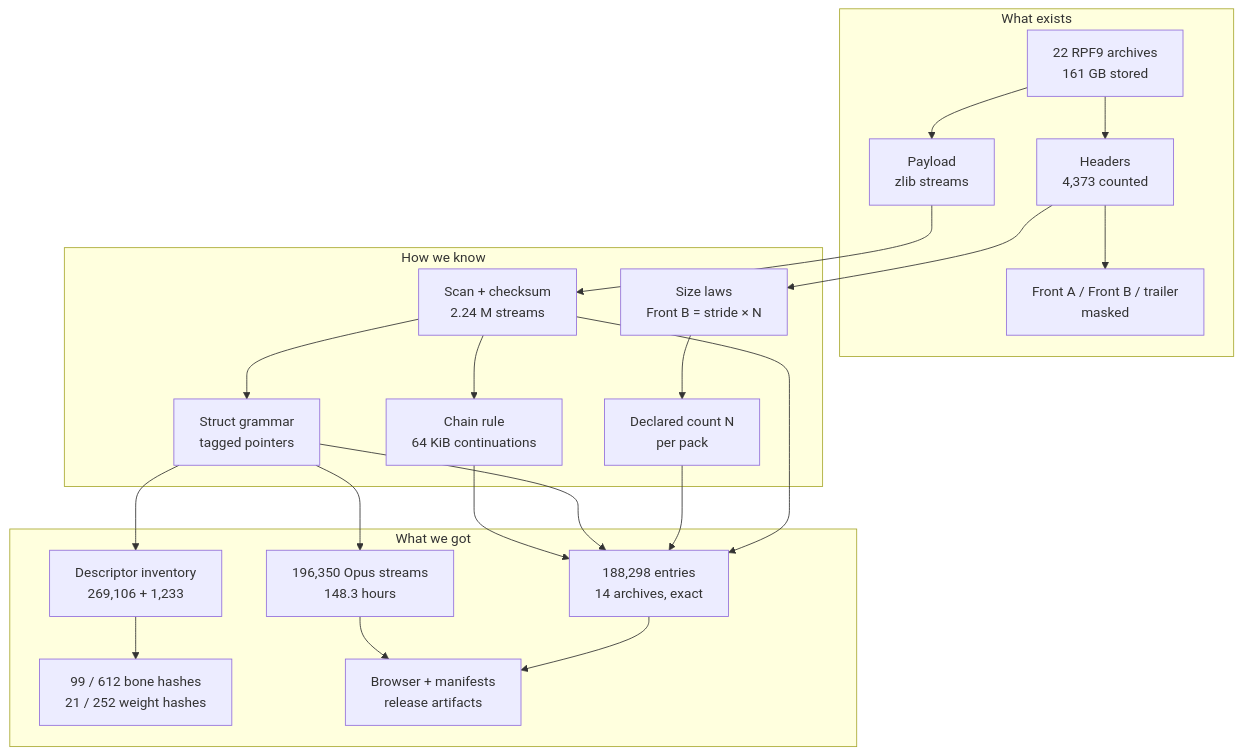
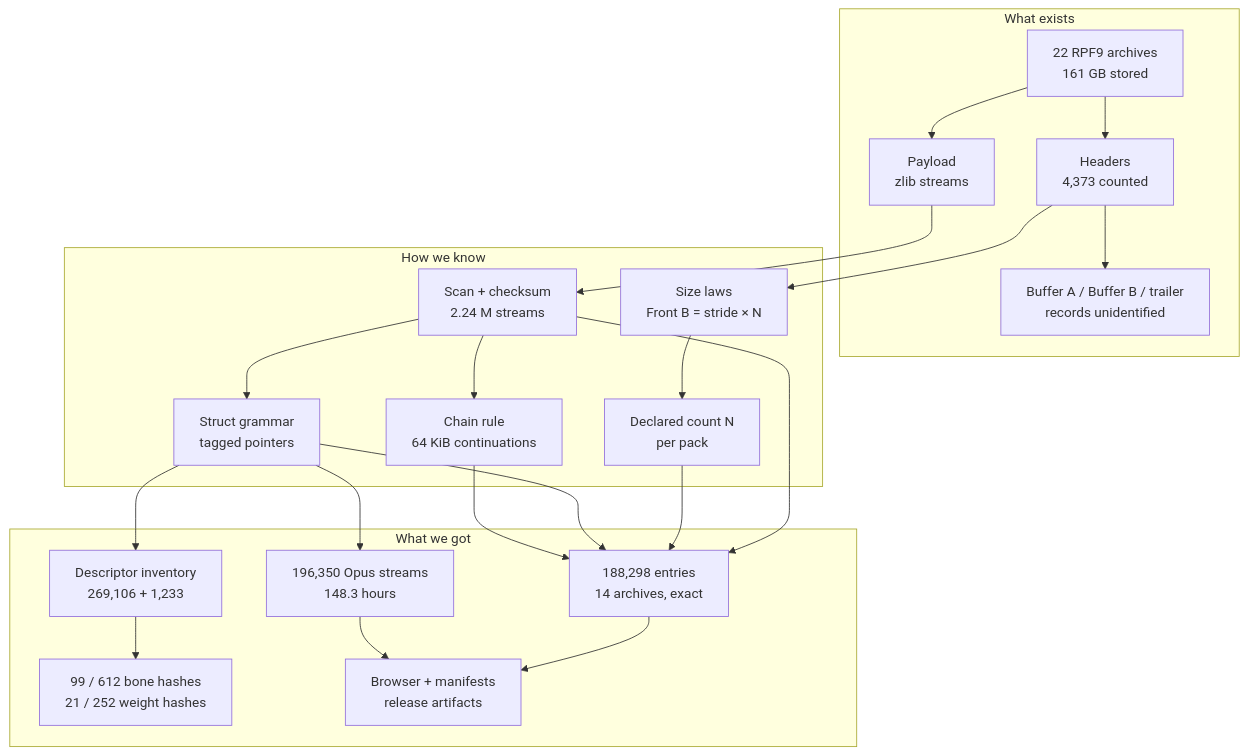
Before and after one commit to lynxnathan/rage-tools-vi: the fourth of 4 diagrams in docs/explained.md, drawn with Mermaid. The commit also changed other lines of this file and 1 other file, not shown here.

Commit message:
docs: replace the flat 'masked' claim with the code-derived reading across the narrative pages

````diff
--- a/docs/explained.md
+++ b/docs/explained.md
@@ -165,41 +167,41 @@
 ```mermaid
 flowchart TB
     subgraph Data["What exists"]
       AR["22 RPF9 archives<br/>161 GB stored"]
       HD["Headers<br/>4,373 counted"]
-      FA["Front A / Front B / trailer<br/>masked"]
+      FA["Buffer A / Buffer B / trailer<br/>records unidentified"]
       PL["Payload<br/>zlib streams"]
     end
     subgraph Method["How we know"]
       SC["Scan + checksum<br/>2.24 M streams"]
       SZ["Size laws<br/>Front B = stride × N"]
       CN["Declared count N<br/>per pack"]
       ST["Struct grammar<br/>tagged pointers"]
       CH["Chain rule<br/>64 KiB continuations"]
     end
     subgraph Results["What we got"]
       EN["188,298 entries<br/>14 archives, exact"]
       DS["Descriptor inventory<br/>269,106 + 1,233"]
       NM["99 / 612 bone hashes<br/>21 / 252 weight hashes"]
       AU["196,350 Opus streams<br/>148.3 hours"]
       RD["Browser + manifests<br/>release artifacts"]
     end
 
     AR --> HD
     AR --> PL
     HD --> FA
     HD --> SZ
     PL --> SC
     SZ --> CN
     SC --> EN
     CN --> EN
     SC --> CH
     SC --> ST
     ST --> DS
     ST --> EN
     CH --> EN
     DS --> NM
     ST --> AU
     EN --> RD
     AU --> RD
 ```
````
